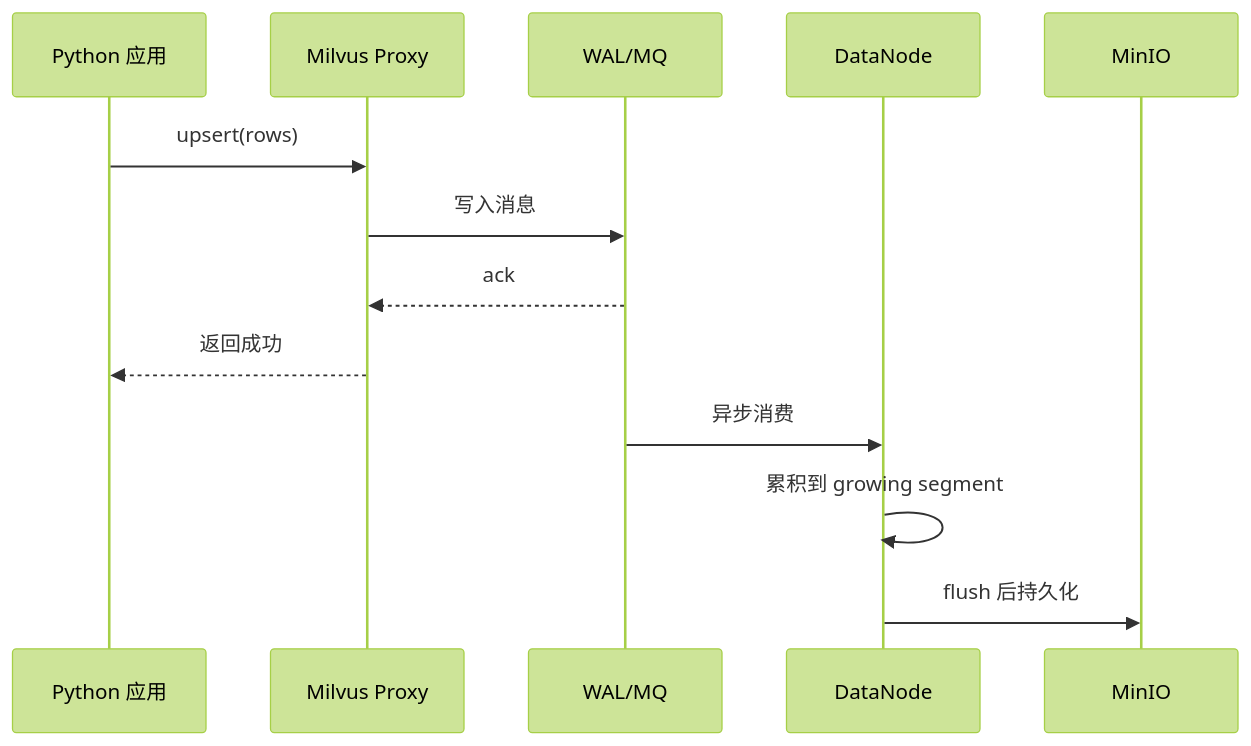
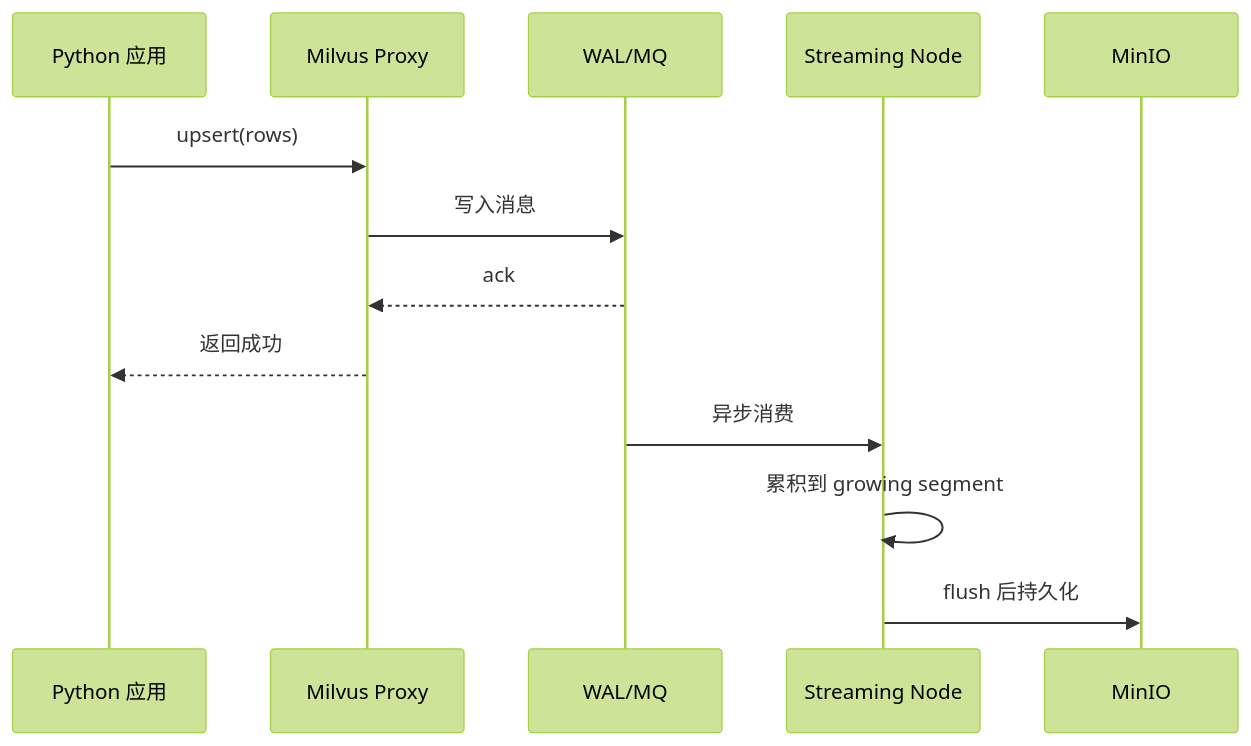
One commit to yuanmomoya/milvus changed the third of 4 diagrams in milvus-master-course/docs/03-Milvus快速开始.md. Above: the diagram before and after it, drawn with Mermaid (forest theme). The commit also changed 341 other files, not shown here.

````diff
--- a/milvus-master-course/docs/03-Milvus快速开始.md
+++ b/milvus-master-course/docs/03-Milvus快速开始.md
@@ -203,16 +203,16 @@
 ```mermaid
 sequenceDiagram
     participant App as Python 应用
     participant Proxy as Milvus Proxy
     participant WAL as WAL/MQ
-    participant DN as DataNode
+    participant SN as Streaming Node
     participant S3 as MinIO
 
     App->>Proxy: upsert(rows)
     Proxy->>WAL: 写入消息
     WAL-->>Proxy: ack
     Proxy-->>App: 返回成功
-    WAL->>DN: 异步消费
-    DN->>DN: 累积到 growing segment
-    DN->>S3: flush 后持久化
+    WAL->>SN: 异步消费
+    SN->>SN: 累积到 growing segment
+    SN->>S3: flush 后持久化
 ```
````
